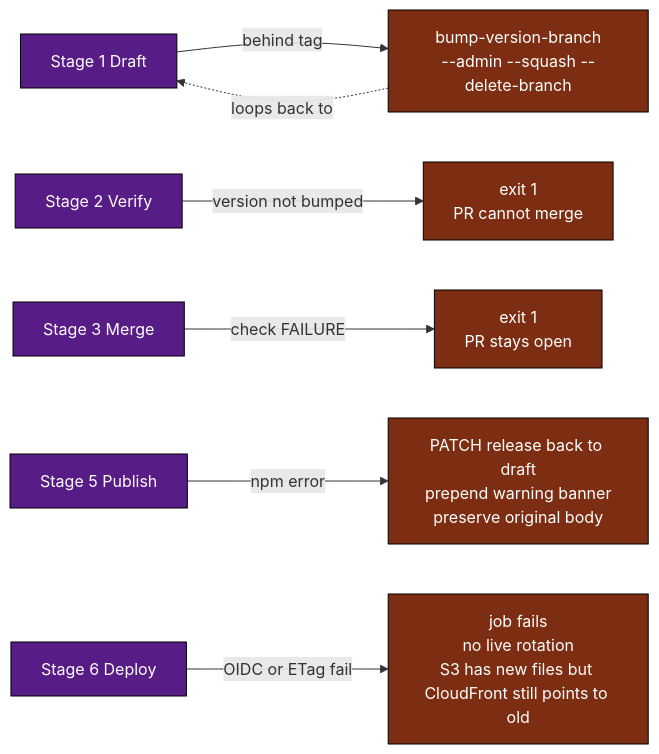
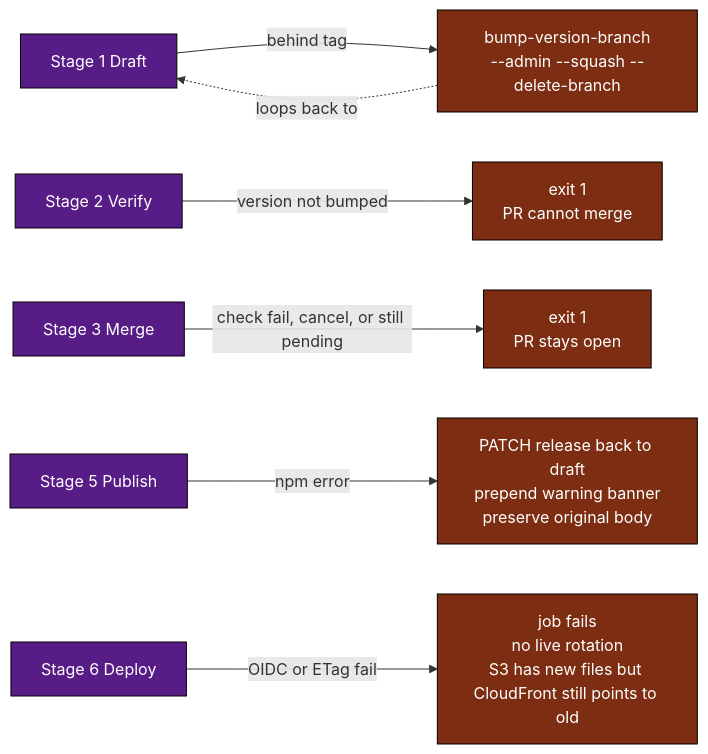
Diagram 15 of 16 in .github/docs/WORKFLOW_ARCHITECTURE.md (llm-exe/llm-exe), drawn with Mermaid before and after one commit. The commit also changed other lines of this file and 1 other file, not shown here.

Commit message:
docs: sync WORKFLOW_ARCHITECTURE after auto-merge-main-pr.yml change

````diff
--- a/.github/docs/WORKFLOW_ARCHITECTURE.md
+++ b/.github/docs/WORKFLOW_ARCHITECTURE.md
@@ -1066,13 +1066,13 @@
 ```mermaid
 flowchart LR
     classDef stage fill:#581c87,color:#fff,stroke:#000
     classDef fail fill:#7c2d12,color:#fff,stroke:#000
 
     S1["Stage 1 Draft"]:::stage -- behind tag --> F1["bump-version-branch<br/>--admin --squash --delete-branch"]:::fail
     F1 -. loops back to .-> S1
 
     S2["Stage 2 Verify"]:::stage -- version not bumped --> F2["exit 1<br/>PR cannot merge"]:::fail
-    S3["Stage 3 Merge"]:::stage -- check FAILURE --> F3["exit 1<br/>PR stays open"]:::fail
+    S3["Stage 3 Merge"]:::stage -- check fail, cancel, or still pending --> F3["exit 1<br/>PR stays open"]:::fail
     S5["Stage 5 Publish"]:::stage -- npm error --> F5["PATCH release back to draft<br/>prepend warning banner<br/>preserve original body"]:::fail
     S6["Stage 6 Deploy"]:::stage -- OIDC or ETag fail --> F6["job fails<br/>no live rotation<br/>S3 has new files but CloudFront still points to old"]:::fail
 ```
````
